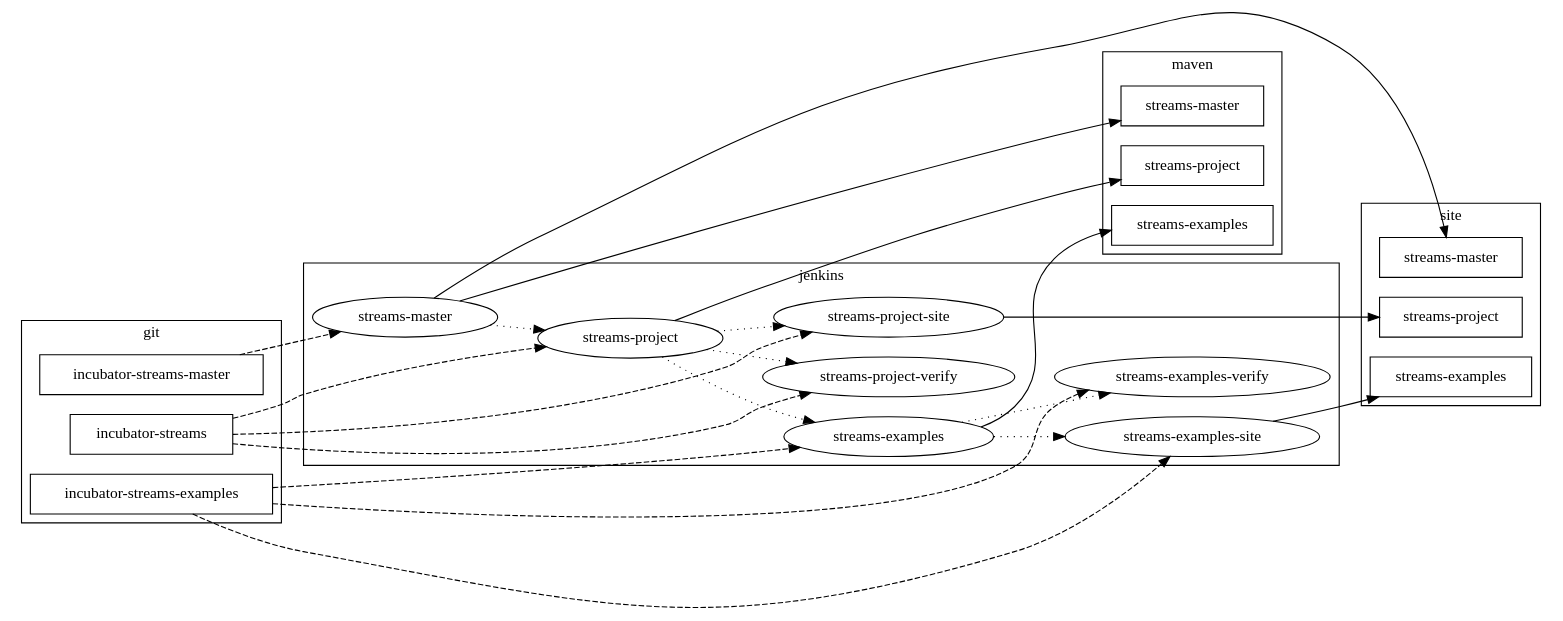
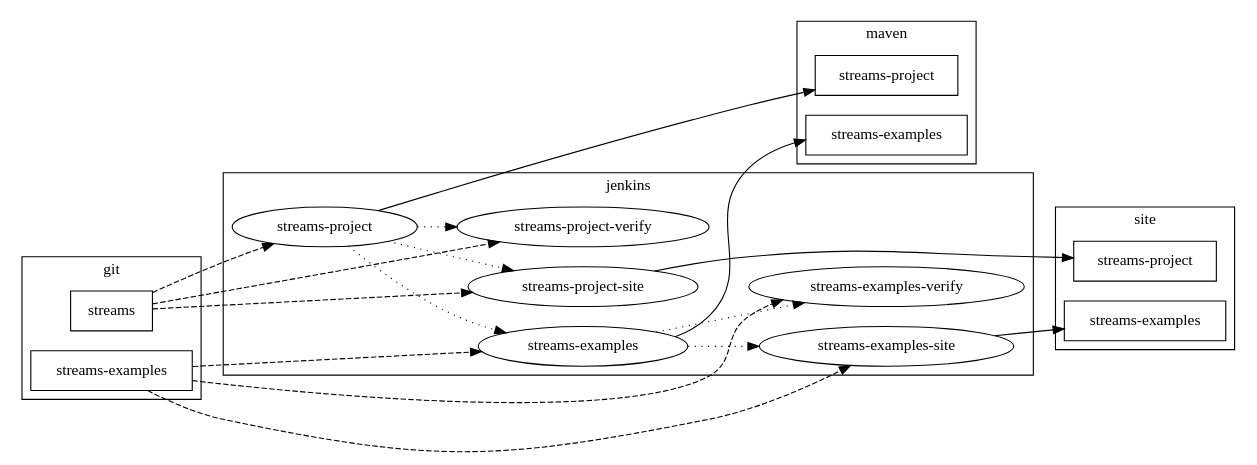
Before and after one commit to apache/streams: the diagram in src/main/resources/integration.dot, drawn with Graphviz. The commit also changed 27 other files, not shown here.

Commit message:
STREAMS-522: Remove mention of incubating status from code and web site

```diff
--- a/src/main/resources/integration.dot
+++ b/src/main/resources/integration.dot
@@ -1,84 +1,76 @@
 /*
  * Licensed to the Apache Software Foundation (ASF) under one
  * or more contributor license agreements.  See the NOTICE file
  * distributed with this work for additional information
  * regarding copyright ownership.  The ASF licenses this file
  * to you under the Apache License, Version 2.0 (the
  * "License"); you may not use this file except in compliance
  * with the License.  You may obtain a copy of the License at
  *
  *   http://www.apache.org/licenses/LICENSE-2.0
  *
  * Unless required by applicable law or agreed to in writing,
  * software distributed under the License is distributed on an
  * "AS IS" BASIS, WITHOUT WARRANTIES OR CONDITIONS OF ANY
  * KIND, either express or implied.  See the License for the
  * specific language governing permissions and limitations
  * under the License.
  */
  digraph g {
 
   graph [compound = true];
 
   //presentation
   splines = true;
   overlap = false;
   rankdir = LR;
 
   subgraph cluster_git {
     label="git";
-    git_streams_master [shape=box, label="incubator-streams-master", URL="https://git-wip-us.apache.org/repos/asf?p=incubator-streams-master.git;a=summary"];
-    git_streams_project [shape=box, label="incubator-streams", URL="https://git-wip-us.apache.org/repos/asf?p=incubator-streams.git;a=summary"];
-    git_streams_examples [shape=box, label="incubator-streams-examples", URL="https://git-wip-us.apache.org/repos/asf?p=incubator-streams-examples.git;a=summary"];
+    git_streams_project [shape=box, label="streams", URL="https://github.com/apache/streams"];
+    git_streams_examples [shape=box, label="streams-examples", URL="https://github.com/apache/streams-examples"];
   }
 
   subgraph cluster_jenkins {
     label="jenkins";
     rankdir = TB;
-    jenkins_streams_master [label="streams-master", URL="https://builds.apache.org/job/streams-master"];
     jenkins_streams_trunk [label="streams-project", URL="https://builds.apache.org/job/streams-project"];
     jenkins_streams_trunk_verify [label="streams-project-verify", URL="https://builds.apache.org/job/streams-project-verify"];
     jenkins_streams_project_site [label="streams-project-site", URL="https://builds.apache.org/job/streams-project-site"];
     jenkins_streams_examples [label="streams-examples", URL="https://builds.apache.org/job/streams-examples"];
     jenkins_streams_examples_verify [label="streams-examples-verify", URL="https://builds.apache.org/job/streams-examples-verify"];
     jenkins_streams_examples_site [label="streams-examples-site", URL="https://builds.apache.org/job/streams-examples-site"];
   }
   
   subgraph cluster_maven {
     label="maven";
-    maven_streams_master [shape=box, label="streams-master", URL="https://repository.apache.org/content/repositories/snapshots/org/apache/streams/streams-master/"];
     maven_streams_project [shape=box, label="streams-project", URL="https://repository.apache.org/content/repositories/snapshots/org/apache/streams/streams-project/"];
     maven_streams_examples [shape=box, label="streams-examples", URL="https://repository.apache.org/content/repositories/snapshots/org/apache/streams/streams-examples/"];
   }
 
   subgraph cluster_site {
     label="site";
-    site_streams_master [shape=box, label="streams-master", URL="http://streams.incubator.apache.org/site/latest/streams-master/"];
-    site_streams_project [shape=box, label="streams-project", URL="http://streams.incubator.apache.org/site/latest/streams-project/"];
-    site_streams_examples [shape=box, label="streams-examples", URL="http://streams.incubator.apache.org/site/latest/streams-examples/"];
+    site_streams_project [shape=box, label="streams-project", URL="http://streams.apache.org/site/latest/streams-project/"];
+    site_streams_examples [shape=box, label="streams-examples", URL="http://streams.apache.org/site/latest/streams-examples/"];
   }
   
-  git_streams_master -> jenkins_streams_master [style="dashed"]
   git_streams_project -> jenkins_streams_trunk [style="dashed"]
   git_streams_project -> jenkins_streams_project_site [style="dashed"]
   git_streams_project -> jenkins_streams_trunk_verify [style="dashed"]
   git_streams_examples -> jenkins_streams_examples [style="dashed"]
   git_streams_examples -> jenkins_streams_examples_verify [style="dashed"]
   git_streams_examples -> jenkins_streams_examples_site [style="dashed"]
   
-  jenkins_streams_master -> maven_streams_master
   jenkins_streams_trunk -> maven_streams_project
   jenkins_streams_examples -> maven_streams_examples
   
-  jenkins_streams_master -> site_streams_master
   jenkins_streams_project_site -> site_streams_project
   jenkins_streams_examples_site -> site_streams_examples
 
-  jenkins_streams_master -> jenkins_streams_trunk [style="dotted"]
   jenkins_streams_trunk -> jenkins_streams_trunk_verify [style="dotted"]
   jenkins_streams_trunk -> jenkins_streams_project_site [style="dotted"]
   jenkins_streams_trunk -> jenkins_streams_examples [style="dotted"]
   jenkins_streams_examples -> jenkins_streams_examples_verify [style="dotted"]
   jenkins_streams_examples -> jenkins_streams_examples_site [style="dotted"]
    
 }
```
